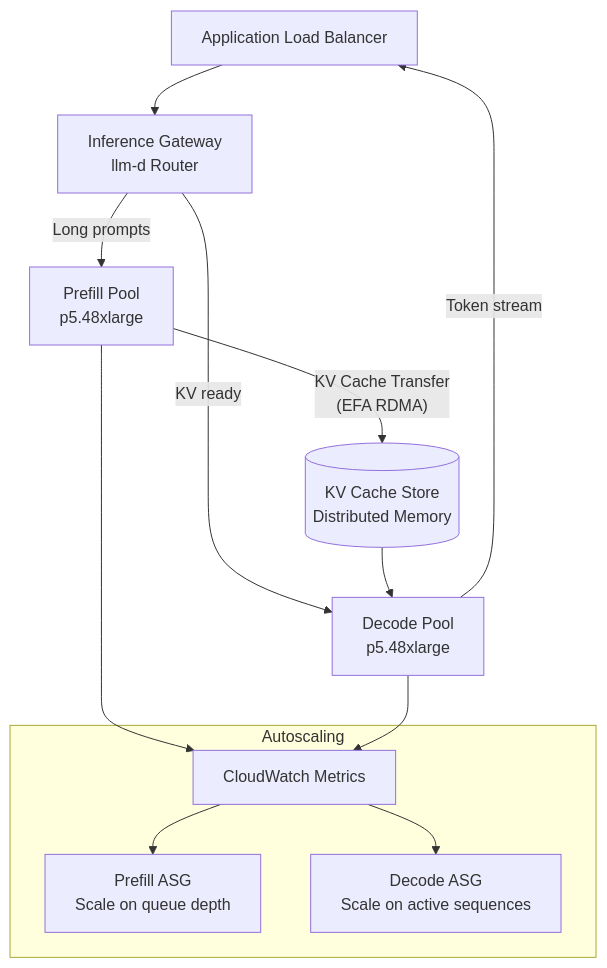
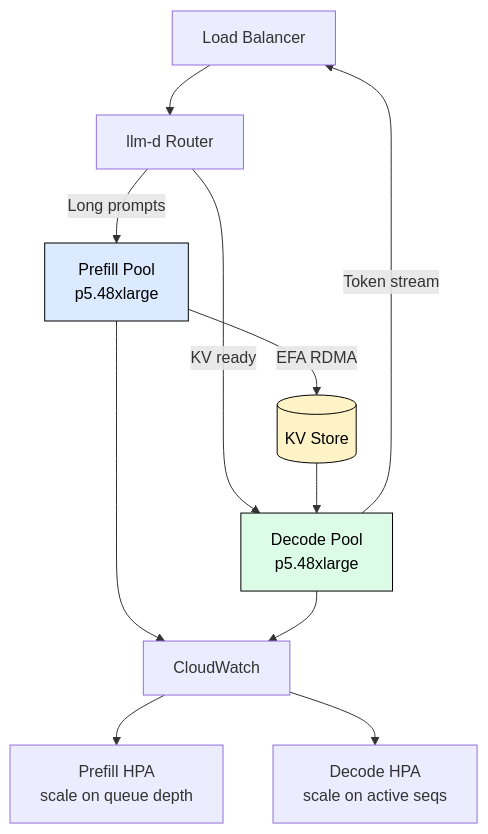
One commit to harshuljain13/llm-inference-at-scale changed the third of 4 diagrams in content/08_serving/07.4_disaggregated_serving/disaggregated_serving.md. Above: the diagram before and after it, drawn with Mermaid. The commit also changed other lines of this file and 89 other files, not shown here.

````diff
--- a/content/08_serving/07.4_disaggregated_serving/disaggregated_serving.md
+++ b/content/08_serving/07.4_disaggregated_serving/disaggregated_serving.md
@@ -362,20 +86,16 @@
 ```mermaid
-graph TD
-    ALB[Application Load Balancer] --> IGW[Inference Gateway<br/>llm-d Router]
-    
-    IGW --> |"Long prompts"| PP[Prefill Pool<br/>p5.48xlarge]
-    IGW --> |"KV ready"| DP[Decode Pool<br/>p5.48xlarge]
-    
-    PP --> |"KV Cache Transfer<br/>(EFA RDMA)"| KVS[(KV Cache Store<br/>Distributed Memory)]
-    KVS --> DP
-    
-    DP --> |"Token stream"| ALB
-    
-    subgraph "Autoscaling"
-        CW[CloudWatch Metrics] --> ASP[Prefill ASG<br/>Scale on queue depth]
-        CW --> ASD[Decode ASG<br/>Scale on active sequences]
-    end
-    
-    PP --> CW
+flowchart TD
+    ALB[Load Balancer] --> R[llm-d Router]
+    R -->|Long prompts| PP[Prefill Pool<br/>p5.48xlarge]
+    R -->|KV ready| DP[Decode Pool<br/>p5.48xlarge]
+    PP -->|EFA RDMA| KV[(KV Store)]
+    KV --> DP
+    DP -->|Token stream| ALB
+    PP --> CW[CloudWatch]
     DP --> CW
+    CW --> HASP[Prefill HPA<br/>scale on queue depth]
+    CW --> HASD[Decode HPA<br/>scale on active seqs]
+    style PP fill:#dbeafe,stroke:#000,color:#000
+    style DP fill:#dcfce7,stroke:#000,color:#000
+    style KV fill:#fef3c7,stroke:#000,color:#000
 ```
````
